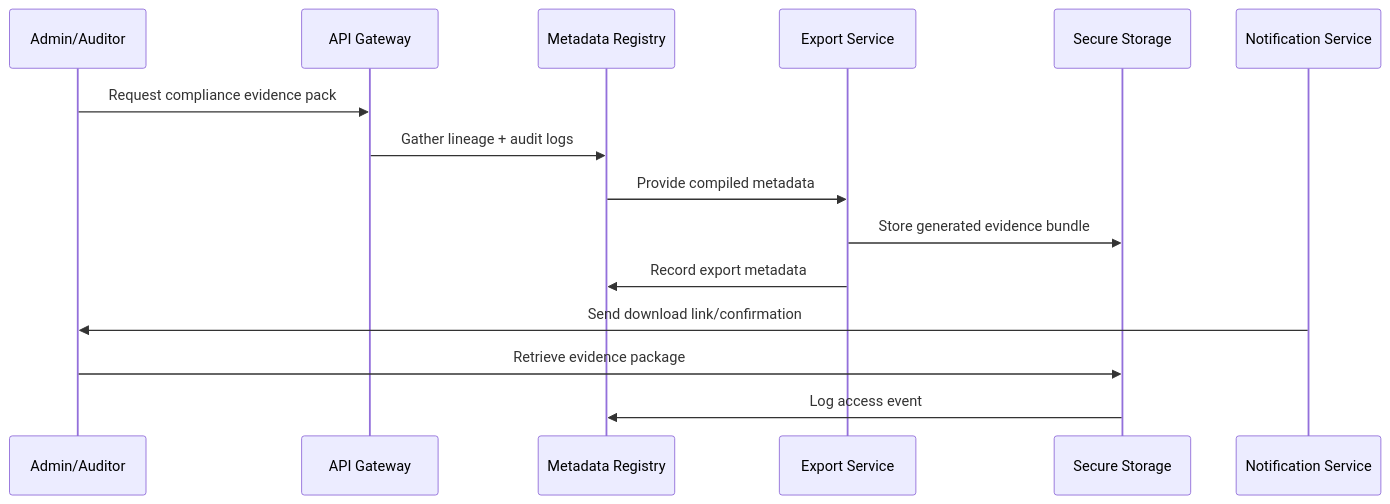
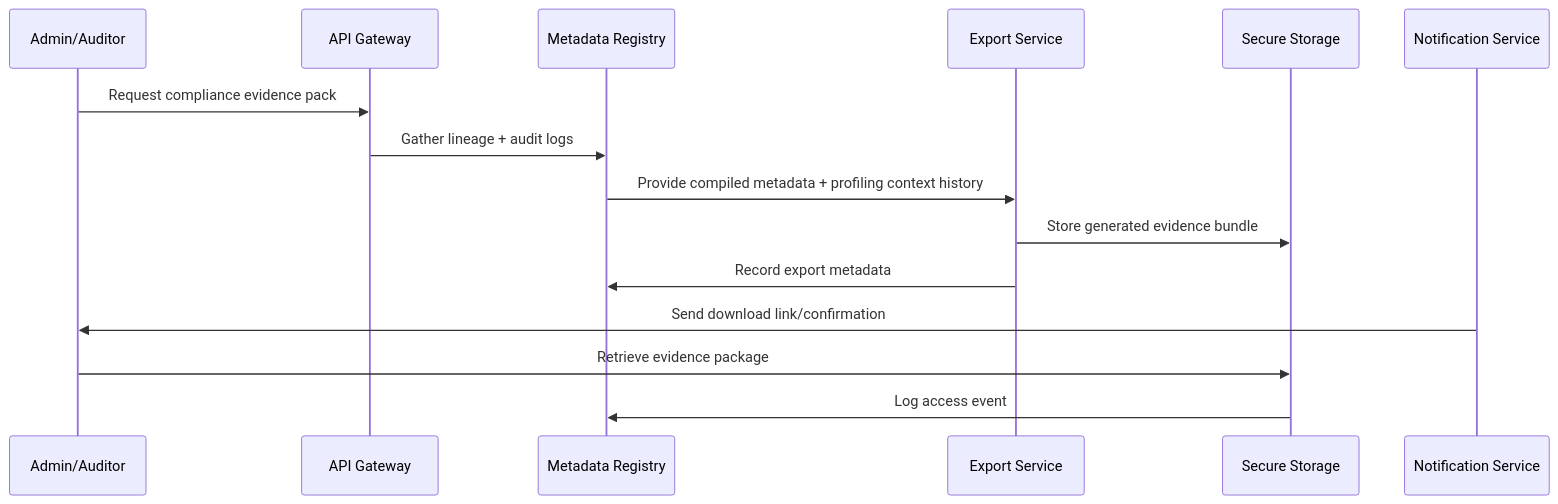
One commit to JohnGaros/data_quality_api changed the diagram in docs/diagrams/compliance_reporting_flow.mmd. Above: the diagram before and after it, drawn with Mermaid. The commit also changed 23 other files, not shown here.

Commit message:
Document profiling-driven validation and scaffold external upload flow

```diff
--- a/docs/diagrams/compliance_reporting_flow.mmd
+++ b/docs/diagrams/compliance_reporting_flow.mmd
@@ -1,16 +1,16 @@
 sequenceDiagram
     participant ADM as Admin/Auditor
     participant API as API Gateway
     participant MD as Metadata Registry
     participant EXP as Export Service
     participant ST as Secure Storage
     participant NT as Notification Service
 
     ADM->>API: Request compliance evidence pack
     API->>MD: Gather lineage + audit logs
-    MD->>EXP: Provide compiled metadata
+    MD->>EXP: Provide compiled metadata + profiling context history
     EXP->>ST: Store generated evidence bundle
     EXP->>MD: Record export metadata
     NT->>ADM: Send download link/confirmation
     ADM->>ST: Retrieve evidence package
     ST->>MD: Log access event
```
